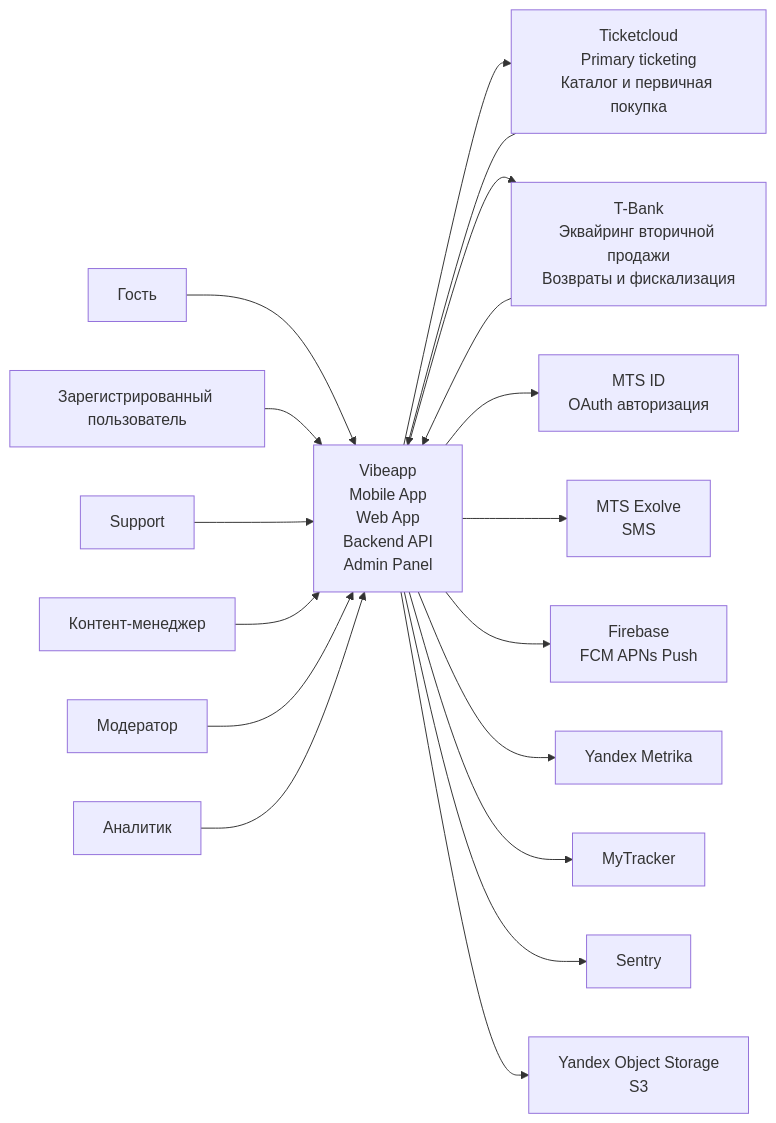
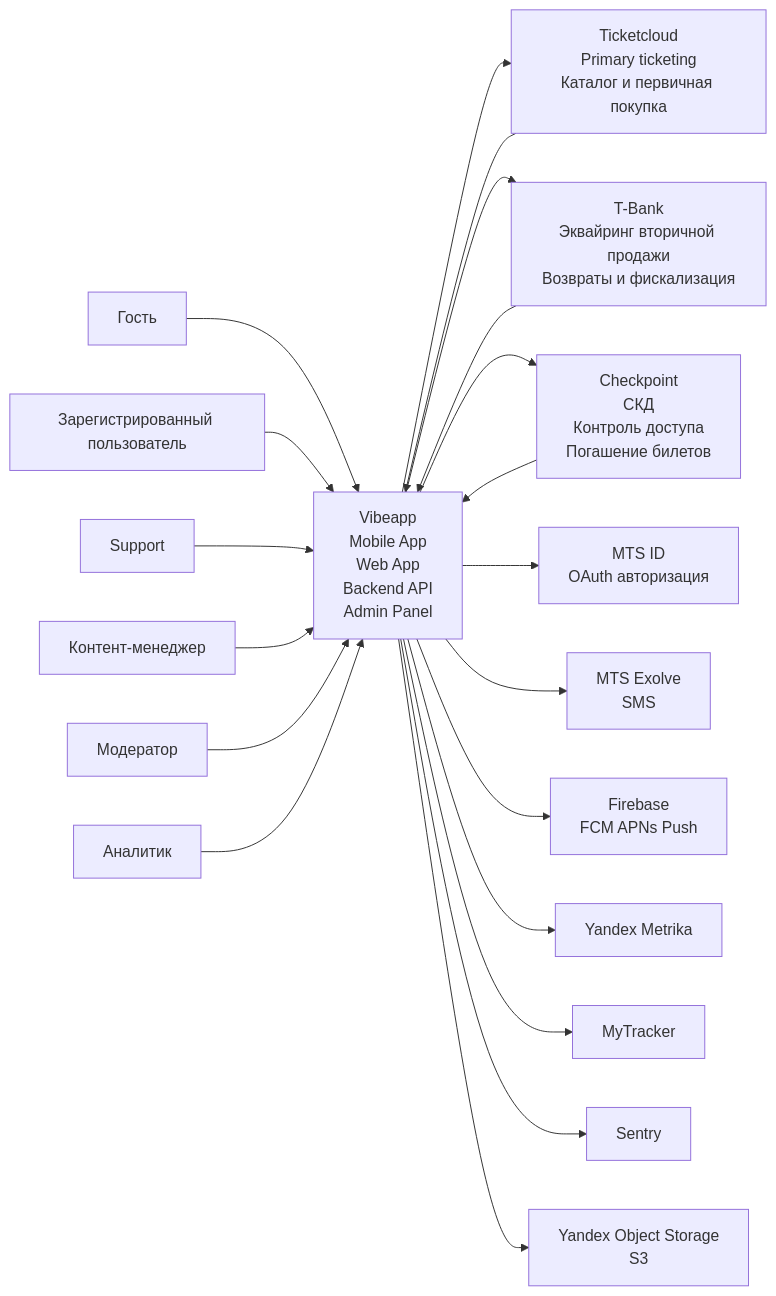
One commit to ticketscloud-open/vibe-kb changed the first of 2 diagrams in content/Vibe/Vibeapp архитектура - диаграммы контекстов С4.md. Above: the diagram before and after it, drawn with Mermaid. The commit also changed other lines of this file, not shown here.

````diff
--- a/content/Vibe/Vibeapp архитектура - диаграммы контекстов С4.md
+++ b/content/Vibe/Vibeapp архитектура - диаграммы контекстов С4.md
@@ -5,65 +5,73 @@
 ```mermaid
 flowchart LR
 
   Guest["Гость"]
   User["Зарегистрированный пользователь"]
 
   Support["Support"]
   Content["Контент-менеджер"]
   Moderator["Модератор"]
   Analyst["Аналитик"]
 
   Vibe["Vibeapp
 Mobile App
 Web App
 Backend API
 Admin Panel"]
 
   Ticketcloud["Ticketcloud
 Primary ticketing
 Каталог и первичная покупка"]
 
   TBank["T-Bank
 Эквайринг вторичной продажи
 Возвраты и фискализация"]
+
+  Checkpoint["Checkpoint
+СКД
+Контроль доступа
+Погашение билетов"]
 
   MTSID["MTS ID
 OAuth авторизация"]
 
   Exolve["MTS Exolve
 SMS"]
 
   Firebase["Firebase
 FCM APNs Push"]
 
   Metrika["Yandex Metrika"]
   MyTracker["MyTracker"]
   Sentry["Sentry"]
 
   Storage["Yandex Object Storage
 S3"]
 
   Guest --> Vibe
   User --> Vibe
 
   Support --> Vibe
   Content --> Vibe
   Moderator --> Vibe
   Analyst --> Vibe
 
   Vibe --> Ticketcloud
   Ticketcloud --> Vibe
 
   Vibe --> TBank
   TBank --> Vibe
 
+  Vibe --> Checkpoint
+  Checkpoint --> Vibe
+
   Vibe --> MTSID
   Vibe --> Exolve
   Vibe --> Firebase
 
   Vibe --> Metrika
   Vibe --> MyTracker
   Vibe --> Sentry
 
   Vibe --> Storage
 ```
````
